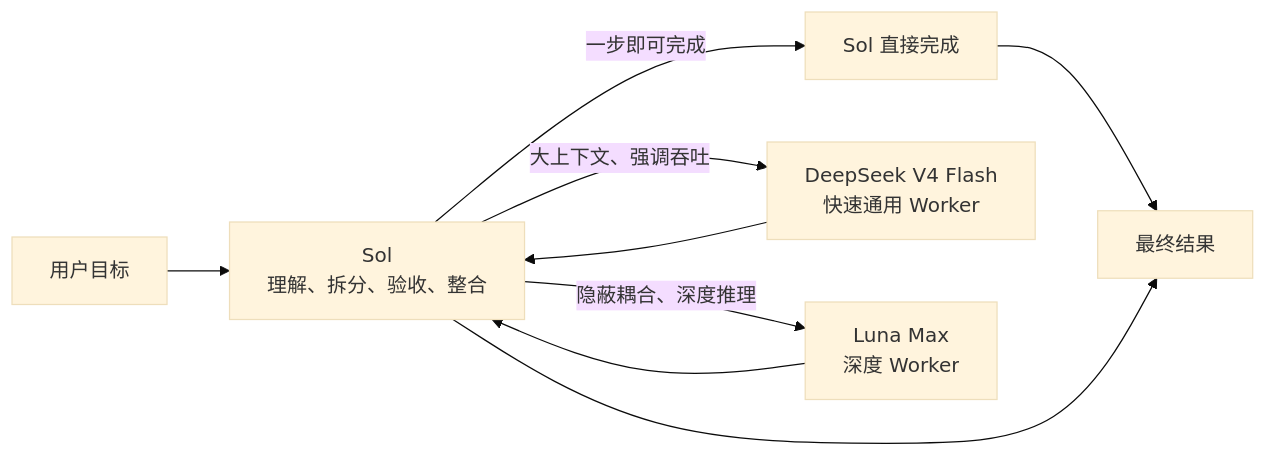
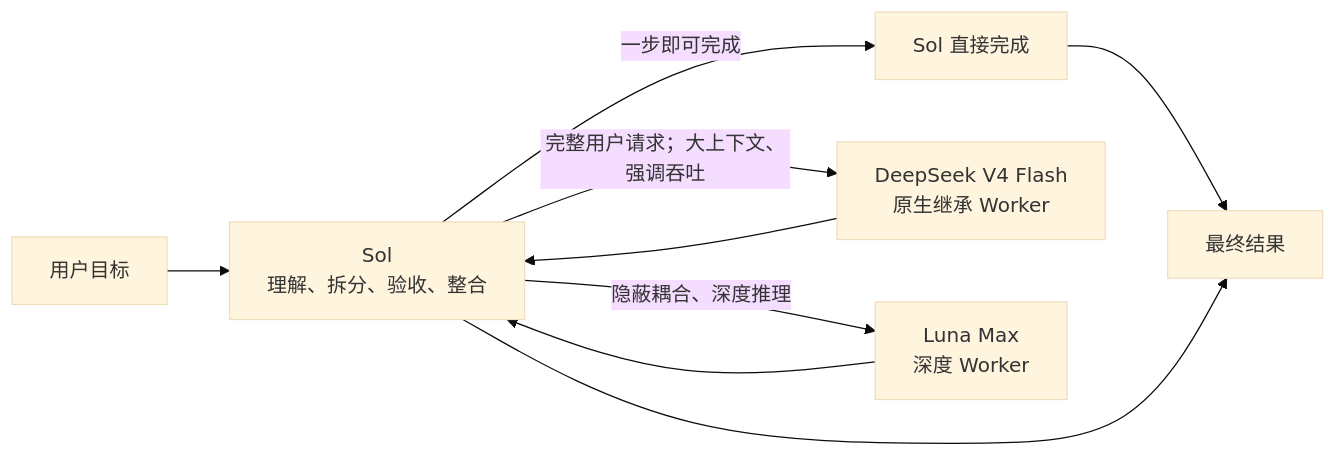
One commit to liuyejinghong/sol-worker-routing-codex changed the diagram in README.md. Above: the diagram before and after it, drawn with Mermaid (base theme). The commit also changed other lines of this file and 12 other files, not shown here.

Commit message:
Keep DeepSeek routing inside native subagents

````diff
--- a/README.md
+++ b/README.md
@@ -49,11 +49,11 @@
 ```mermaid
 flowchart LR
     U["用户目标"] --> S["Sol<br/>理解、拆分、验收、整合"]
     S -->|"一步即可完成"| D["Sol 直接完成"]
-    S -->|"大上下文、强调吞吐"| DS["DeepSeek V4 Flash<br/>快速通用 Worker"]
+    S -->|"完整用户请求；大上下文、强调吞吐"| DS["DeepSeek V4 Flash<br/>原生继承 Worker"]
     S -->|"隐蔽耦合、深度推理"| L["Luna Max<br/>深度 Worker"]
     D --> O["最终结果"]
     DS --> S
     L --> S
     S --> O
 ```
````
